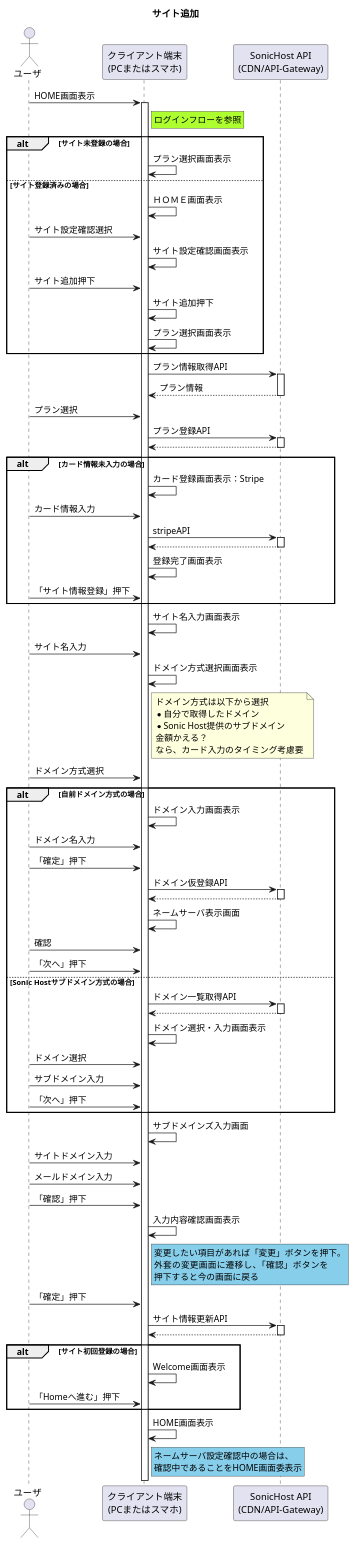
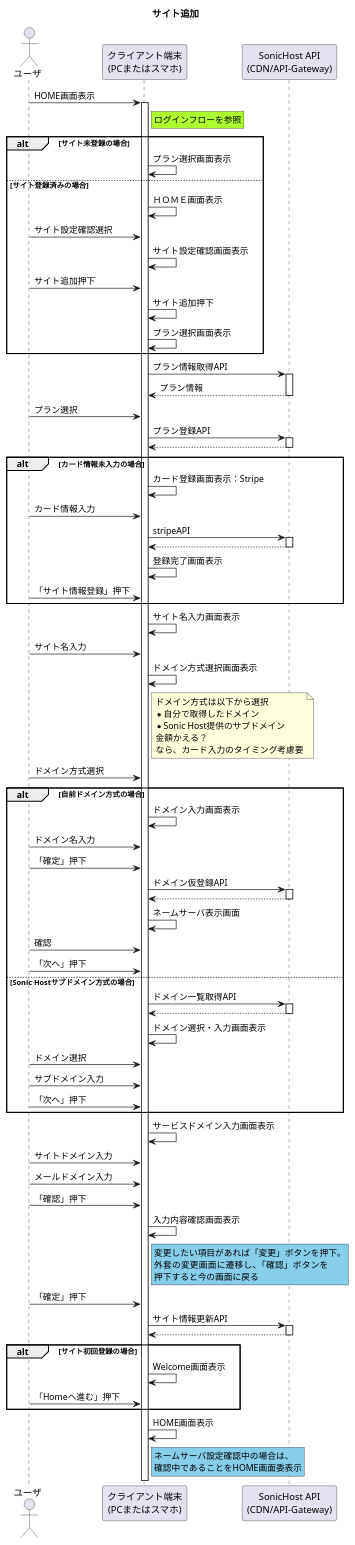
The diagram in 01_Sequences/03_SiteRegistration/01_AddSite/addSiteFlow.pu (Sonic-Host/documents), drawn with PlantUML before and after one commit.

Commit message:
画面船員図の作成に伴い、画面名変更

```diff
--- a/01_Sequences/03_SiteRegistration/01_AddSite/addSiteFlow.pu
+++ b/01_Sequences/03_SiteRegistration/01_AddSite/addSiteFlow.pu
@@ -1,88 +1,88 @@
 @startuml  サイト追加
 title サイト追加
 
 ' アクター定義
 actor "ユーザ" as user
 participant "クライアント端末\n(PCまたはスマホ)" as device
 participant "SonicHost API\n(CDN/API-Gateway)" as api
 
 
 user -> device ++: HOME画面表示
 rnote right of device #GreenYellow
     ログインフローを参照
 end note
 alt サイト未登録の場合
     device -> device : プラン選択画面表示
 else サイト登録済みの場合
     device -> device : ＨＯＭＥ画面表示
     user -> device : サイト設定確認選択
     device -> device : サイト設定確認画面表示
     user -> device : サイト追加押下
     device -> device : サイト追加押下
     device -> device : プラン選択画面表示
 end
 device -> api ++ : プラン情報取得API
 device <-- api -- : プラン情報
 user -> device : プラン選択
 device -> api ++ : プラン登録API
 device <-- api -- 
 alt カード情報未入力の場合
     device -> device : カード登録画面表示：Stripe
     user -> device : カード情報入力
     device -> api ++ : stripeAPI
     device <-- api -- 
     device -> device : 登録完了画面表示
     user -> device : 「サイト情報登録」押下
 end 
 device -> device : サイト名入力画面表示
 user -> device : サイト名入力
 device -> device : ドメイン方式選択画面表示
 note right of device 
     ドメイン方式は以下から選択
     * 自分で取得したドメイン
     * Sonic Host提供のサブドメイン
     金額かえる？
     なら、カード入力のタイミング考慮要
 end note
 user -> device : ドメイン方式選択
 alt 自前ドメイン方式の場合
     device -> device :ドメイン入力画面表示
     user -> device : ドメイン名入力
     user -> device : 「確定」押下
     device -> api ++ : ドメイン仮登録API
     device <-- api -- 
     device -> device : ネームサーバ表示画面
     user -> device : 確認
     user -> device : 「次へ」押下
 else Sonic Hostサブドメイン方式の場合
     device -> api ++ : ドメイン一覧取得API
     device <-- api -- 
     device -> device : ドメイン選択・入力画面表示
     user -> device : ドメイン選択
     user -> device : サブドメイン入力
     user -> device : 「次へ」押下
 end 
-device -> device : サブドメインズ入力画面
+device -> device : サービスドメイン入力画面表示
 user -> device : サイトドメイン入力
 user -> device : メールドメイン入力
 user -> device : 「確認」押下
 device -> device : 入力内容確認画面表示
 rnote right of device #SkyBlue
     変更したい項目があれば「変更」ボタンを押下。
     外套の変更画面に遷移し、「確認」ボタンを
     押下すると今の画面に戻る
 end note
 user -> device : 「確定」押下
 device -> api ++ : サイト情報更新API
 device <-- api -- 
 alt サイト初回登録の場合
     device -> device : Welcome画面表示
     user -> device : 「Homeへ進む」押下
 end 
 device -> device : HOME画面表示
 rnote right of device #SkyBlue
     ネームサーバ設定確認中の場合は、
     確認中であることをHOME画面委表示
 end note
 
 @enduml
```
